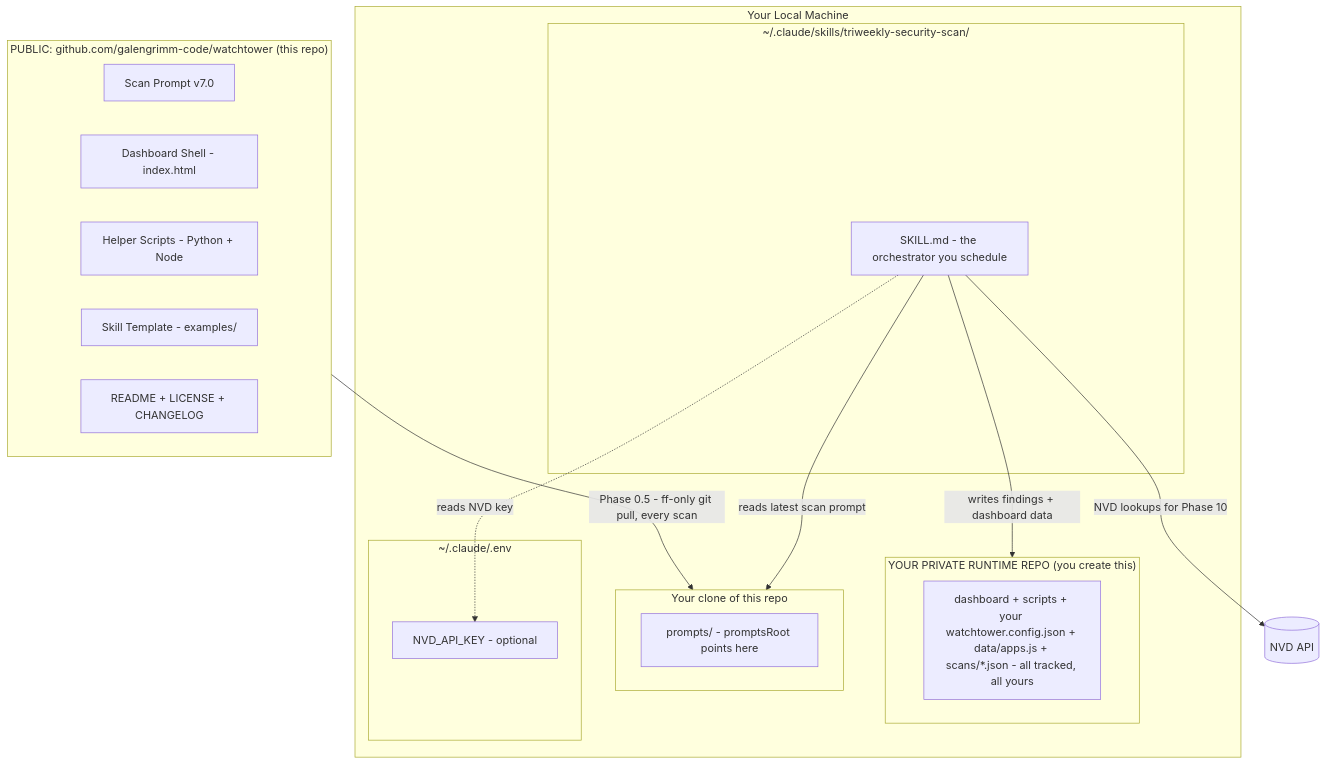
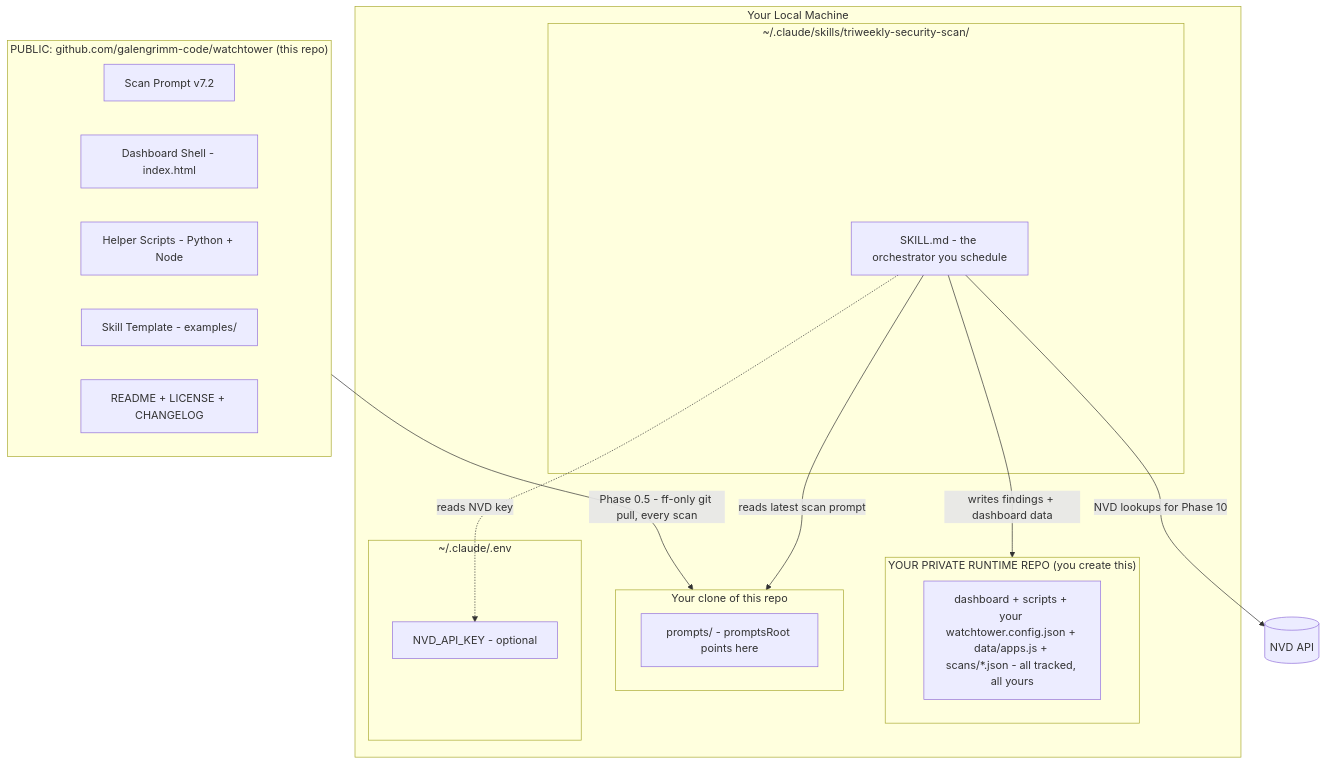
The first of 2 diagrams in README.md (galengrimm-code/watchtower), drawn with Mermaid before and after one commit. The commit also changed other lines of this file and 1 other file, not shown here.

Commit message:
Add scan-prompt version-drift guard; fix README v7.0 -> v7.2 drift
Mirror of the runtime's Check 5 guard; corrects the README's stale v7.0 references to match the v7.2 prompt header. Byte-identical to the App-Screener copy of the script.

````diff
--- a/README.md
+++ b/README.md
@@ -35,34 +35,34 @@
 ```mermaid
 graph TB
     subgraph public["PUBLIC: github.com/galengrimm-code/watchtower (this repo)"]
-        Prompt[Scan Prompt v7.0]
+        Prompt[Scan Prompt v7.2]
         Shell[Dashboard Shell - index.html]
         Scripts[Helper Scripts - Python + Node]
         Template[Skill Template - examples/]
         Docs[README + LICENSE + CHANGELOG]
     end
 
     subgraph local["Your Local Machine"]
         subgraph runtime["YOUR PRIVATE RUNTIME REPO (you create this)"]
             Run[dashboard + scripts + your watchtower.config.json + data/apps.js + scans/*.json - all tracked, all yours]
         end
 
         subgraph pubclone["Your clone of this repo"]
             PromptClone[prompts/ - promptsRoot points here]
         end
 
         subgraph skillhome["~/.claude/skills/triweekly-security-scan/"]
             Skill[SKILL.md - the orchestrator you schedule]
         end
 
         subgraph env["~/.claude/.env"]
             Secrets[NVD_API_KEY - optional]
         end
     end
 
     public -->|"Phase 0.5 - ff-only git pull, every scan"| pubclone
     Skill -->|"reads latest scan prompt"| pubclone
     Skill -->|"writes findings + dashboard data"| runtime
     Skill -.->|"reads NVD key"| Secrets
     Skill -->|"NVD lookups for Phase 10"| NVD[(NVD API)]
 ```
````
